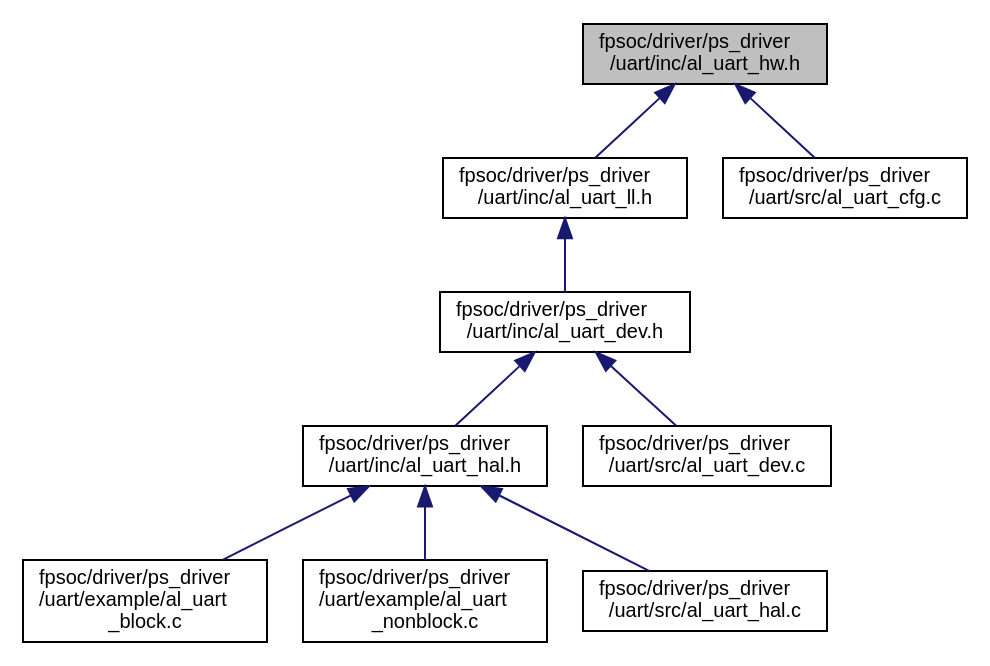
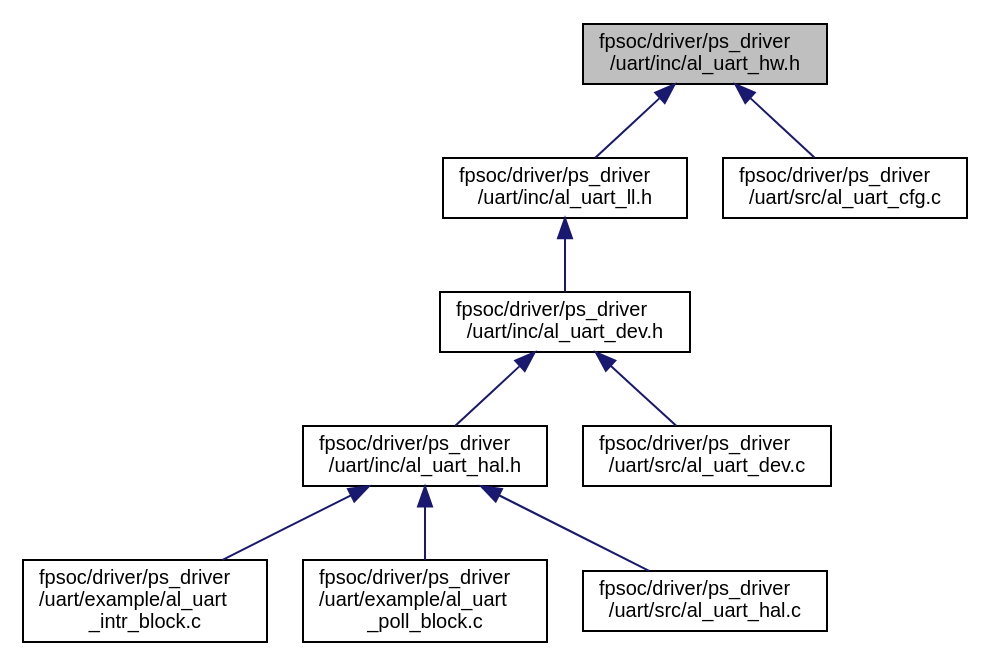
One commit to wugensheng-code/sdk changed the diagram in docs/drivers/uart/al__uart__hw_8h__dep__incl.dot. Above: the diagram before and after it, drawn with Graphviz. The commit also changed 3688 other files, not shown here.

```diff
--- a/docs/drivers/uart/al__uart__hw_8h__dep__incl.dot
+++ b/docs/drivers/uart/al__uart__hw_8h__dep__incl.dot
@@ -1,22 +1,22 @@
 digraph "fpsoc/driver/ps_driver/uart/inc/al_uart_hw.h"
 {
   edge [fontname="Helvetica",fontsize="10",labelfontname="Helvetica",labelfontsize="10"];
   node [fontname="Helvetica",fontsize="10",shape=record];
   Node2 [label="fpsoc/driver/ps_driver\l/uart/inc/al_uart_hw.h",height=0.2,width=0.4,color="black", fillcolor="grey75", style="filled", fontcolor="black"];
   Node2 -> Node3 [dir="back",color="midnightblue",fontsize="10",style="solid",fontname="Helvetica"];
   Node3 [label="fpsoc/driver/ps_driver\l/uart/inc/al_uart_ll.h",height=0.2,width=0.4,color="black", fillcolor="white", style="filled",URL="$al__uart__ll_8h.html"];
   Node3 -> Node4 [dir="back",color="midnightblue",fontsize="10",style="solid",fontname="Helvetica"];
   Node4 [label="fpsoc/driver/ps_driver\l/uart/inc/al_uart_dev.h",height=0.2,width=0.4,color="black", fillcolor="white", style="filled",URL="$al__uart__dev_8h.html",tooltip="uart device driver "];
   Node4 -> Node5 [dir="back",color="midnightblue",fontsize="10",style="solid",fontname="Helvetica"];
   Node5 [label="fpsoc/driver/ps_driver\l/uart/inc/al_uart_hal.h",height=0.2,width=0.4,color="black", fillcolor="white", style="filled",URL="$al__uart__hal_8h.html"];
   Node5 -> Node6 [dir="back",color="midnightblue",fontsize="10",style="solid",fontname="Helvetica"];
-  Node6 [label="fpsoc/driver/ps_driver\l/uart/example/al_uart\l_block.c",height=0.2,width=0.4,color="black", fillcolor="white", style="filled",URL="$al__uart__block_8c.html"];
+  Node6 [label="fpsoc/driver/ps_driver\l/uart/example/al_uart\l_intr_block.c",height=0.2,width=0.4,color="black", fillcolor="white", style="filled",URL="$al__uart__intr__block_8c.html"];
   Node5 -> Node7 [dir="back",color="midnightblue",fontsize="10",style="solid",fontname="Helvetica"];
-  Node7 [label="fpsoc/driver/ps_driver\l/uart/example/al_uart\l_nonblock.c",height=0.2,width=0.4,color="black", fillcolor="white", style="filled",URL="$al__uart__nonblock_8c.html"];
+  Node7 [label="fpsoc/driver/ps_driver\l/uart/example/al_uart\l_poll_block.c",height=0.2,width=0.4,color="black", fillcolor="white", style="filled",URL="$al__uart__poll__block_8c.html"];
   Node5 -> Node8 [dir="back",color="midnightblue",fontsize="10",style="solid",fontname="Helvetica"];
   Node8 [label="fpsoc/driver/ps_driver\l/uart/src/al_uart_hal.c",height=0.2,width=0.4,color="black", fillcolor="white", style="filled",URL="$al__uart__hal_8c.html"];
   Node4 -> Node9 [dir="back",color="midnightblue",fontsize="10",style="solid",fontname="Helvetica"];
   Node9 [label="fpsoc/driver/ps_driver\l/uart/src/al_uart_dev.c",height=0.2,width=0.4,color="black", fillcolor="white", style="filled",URL="$al__uart__dev_8c.html"];
   Node2 -> Node10 [dir="back",color="midnightblue",fontsize="10",style="solid",fontname="Helvetica"];
   Node10 [label="fpsoc/driver/ps_driver\l/uart/src/al_uart_cfg.c",height=0.2,width=0.4,color="black", fillcolor="white", style="filled",URL="$al__uart__cfg_8c.html"];
 }
```
